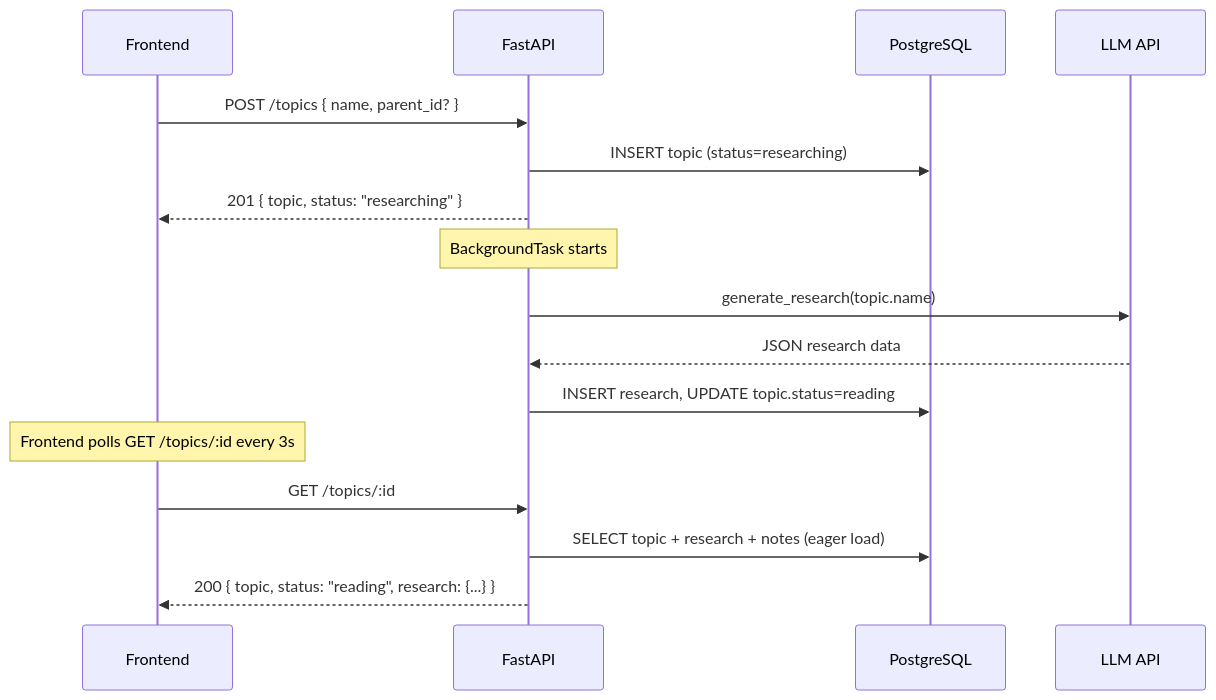
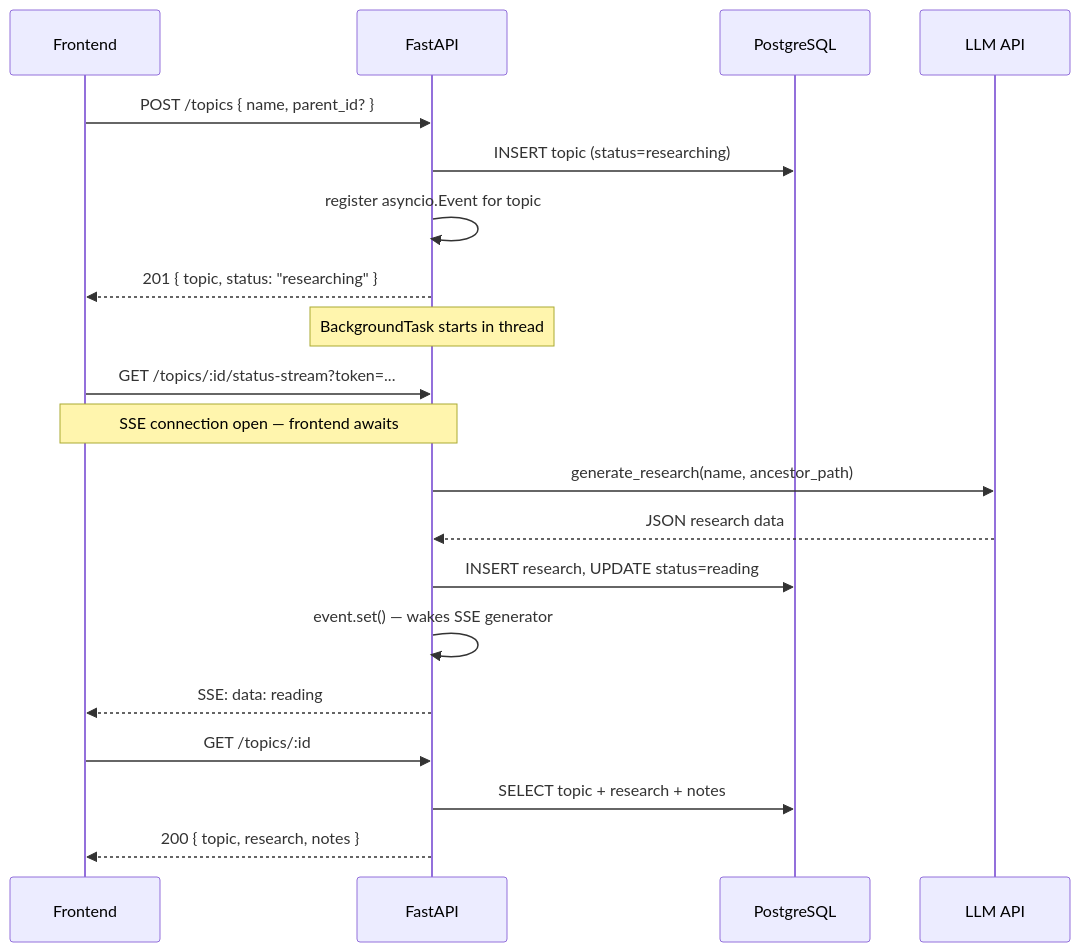
The third of 4 diagrams in backend/BACKEND.md (Halderpritam123/custom-notebook), drawn with Mermaid before and after one commit. The commit also changed other lines of this file and 51 other files, not shown here.

````diff
--- a/backend/BACKEND.md
+++ b/backend/BACKEND.md
@@ -225,19 +240,26 @@
 ```mermaid
 sequenceDiagram
     participant FE as Frontend
     participant API as FastAPI
     participant DB as PostgreSQL
     participant LLM as LLM API
 
     FE->>API: POST /topics { name, parent_id? }
     API->>DB: INSERT topic (status=researching)
+    API->>API: register asyncio.Event for topic
     API-->>FE: 201 { topic, status: "researching" }
-    Note over API: BackgroundTask starts
-    API->>LLM: generate_research(topic.name)
+    Note over API: BackgroundTask starts in thread
+
+    FE->>API: GET /topics/:id/status-stream?token=...
+    Note over FE,API: SSE connection open — frontend awaits
+
+    API->>LLM: generate_research(name, ancestor_path)
     LLM-->>API: JSON research data
-    API->>DB: INSERT research, UPDATE topic.status=reading
-    Note over FE: Frontend polls GET /topics/:id every 3s
+    API->>DB: INSERT research, UPDATE status=reading
+    API->>API: event.set() — wakes SSE generator
+    API-->>FE: SSE: data: reading
+
     FE->>API: GET /topics/:id
-    API->>DB: SELECT topic + research + notes (eager load)
-    API-->>FE: 200 { topic, status: "reading", research: {...} }
+    API->>DB: SELECT topic + research + notes
+    API-->>FE: 200 { topic, research, notes }
 ```
````
